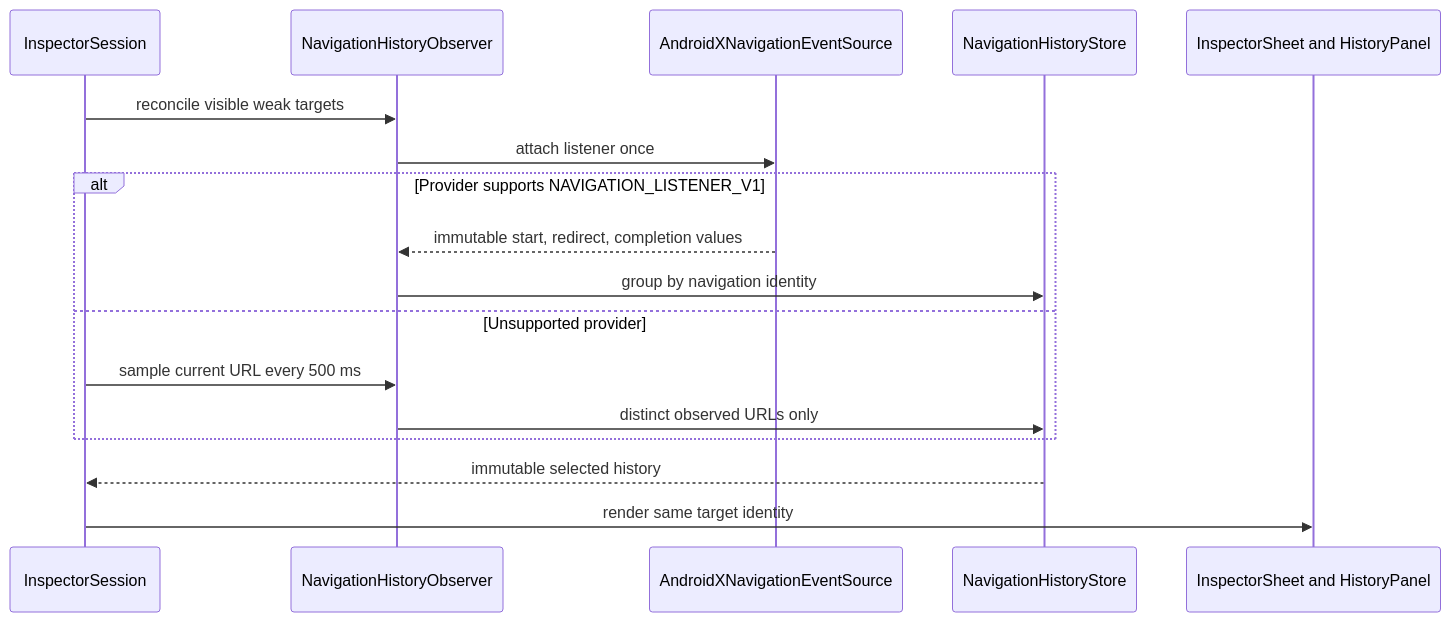
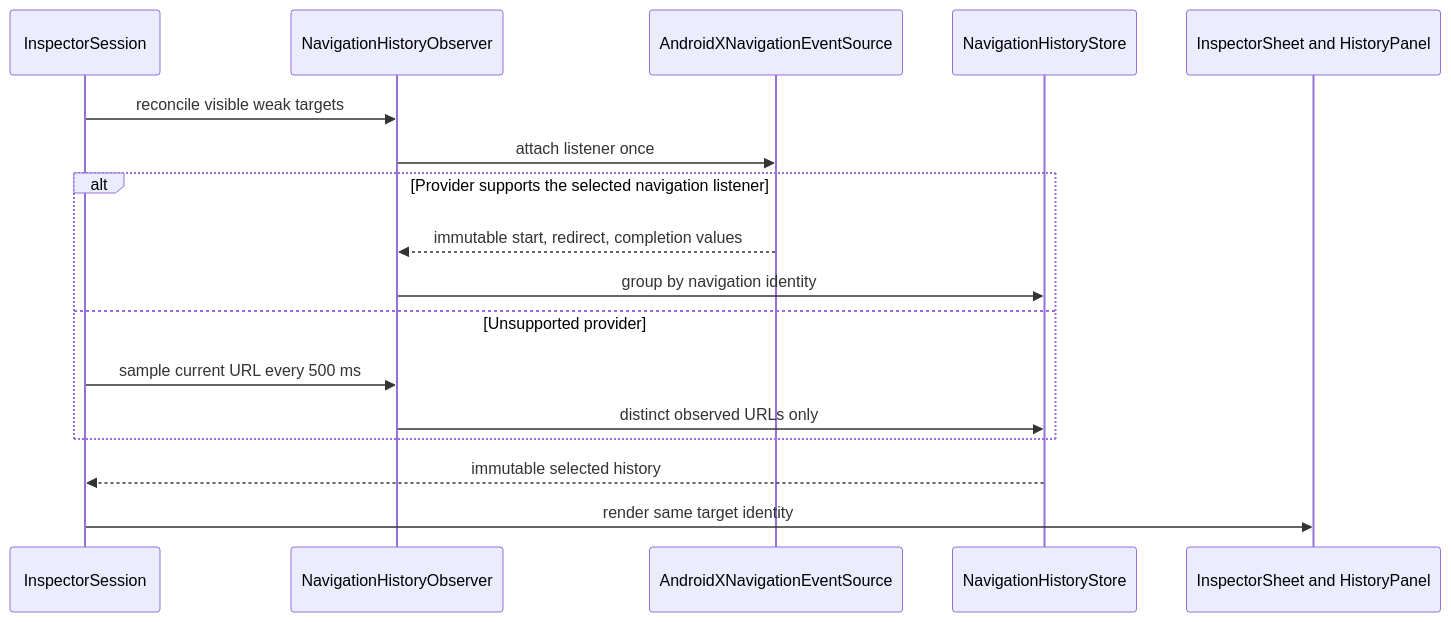
One commit to chinmaydash007/WebViewInspector changed the second of 5 diagrams in webview-inspector/docs/ARCHITECTURE.md. Above: the diagram before and after it, drawn with Mermaid. The commit also changed other lines of this file and 21 other files, not shown here.

````diff
--- a/webview-inspector/docs/ARCHITECTURE.md
+++ b/webview-inspector/docs/ARCHITECTURE.md
@@ -87,19 +87,19 @@
 ```mermaid
 sequenceDiagram
     participant Session as InspectorSession
     participant Observer as NavigationHistoryObserver
     participant Adapter as AndroidXNavigationEventSource
     participant Store as NavigationHistoryStore
     participant UI as InspectorSheet and HistoryPanel
     Session->>Observer: reconcile visible weak targets
     Observer->>Adapter: attach listener once
-    alt Provider supports NAVIGATION_LISTENER_V1
+    alt Provider supports the selected navigation listener
         Adapter-->>Observer: immutable start, redirect, completion values
         Observer->>Store: group by navigation identity
     else Unsupported provider
         Session->>Observer: sample current URL every 500 ms
         Observer->>Store: distinct observed URLs only
     end
     Store-->>Session: immutable selected history
     Session->>UI: render same target identity
 ```
````
